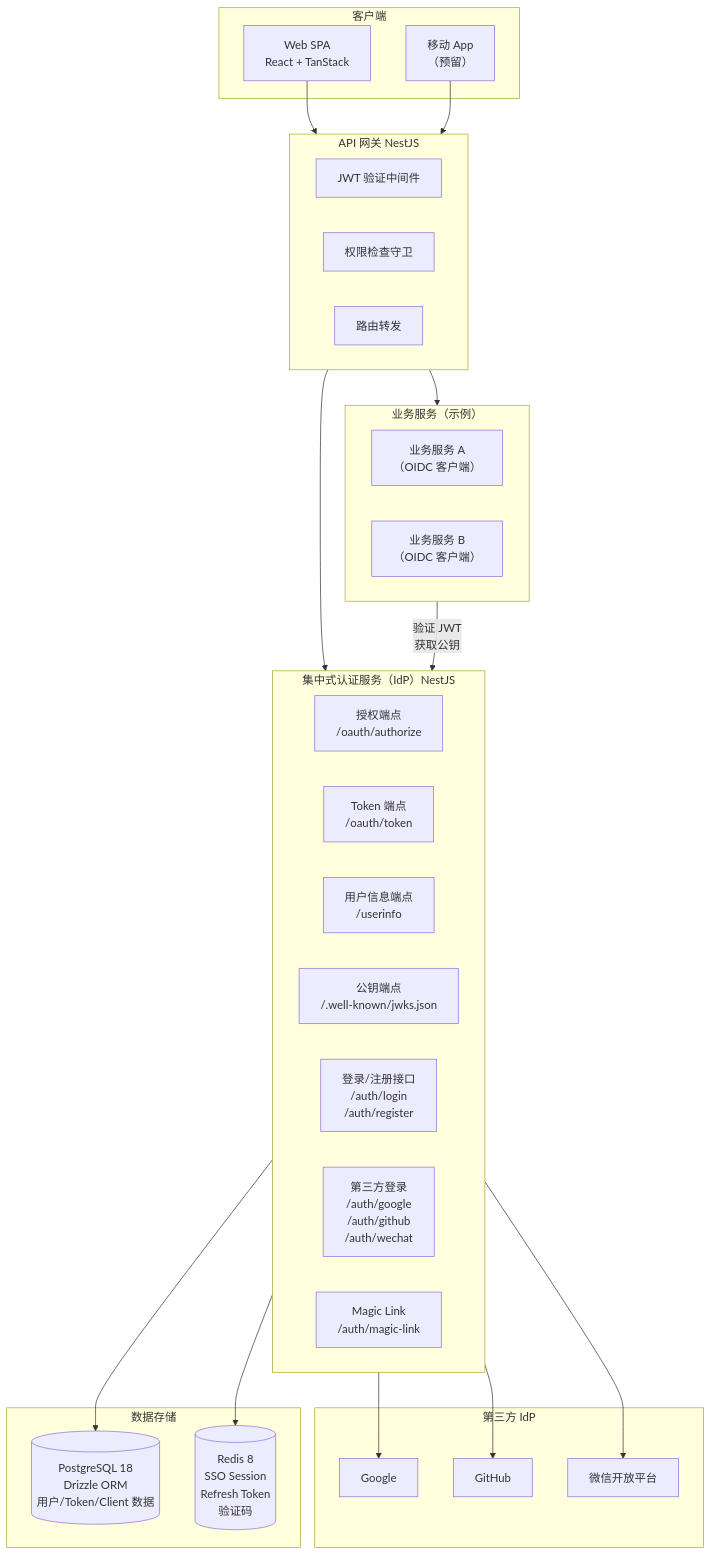
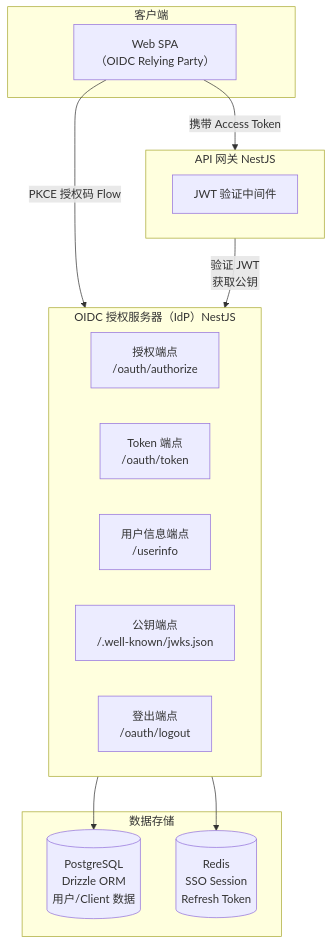
The first of 2 diagrams in docs/tutorial-overview.md (luohuidong/auth-tutorial), drawn with Mermaid before and after one commit. The commit also changed other lines of this file and 36 other files, not shown here.

First line of the commit message:
docs(tutorial): 重构文档结构，删除过时章节并新增 OIDC/SPA 认证章节

````diff
--- a/docs/tutorial-overview.md
+++ b/docs/tutorial-overview.md
@@ -39,51 +32,40 @@
 ```mermaid
 flowchart TB
     subgraph Clients["客户端"]
-        SPA["Web SPA\nReact + TanStack"]
-        APP["移动 App\n（预留）"]
+        SPA["Web SPA
+（OIDC Relying Party）"]
     end
 
     subgraph Gateway["API 网关 NestJS"]
         GW_JWT["JWT 验证中间件"]
-        GW_RBAC["权限检查守卫"]
-        GW_Route["路由转发"]
     end
 
-    subgraph IdP["集中式认证服务（IdP）NestJS"]
-        EP_Auth["授权端点\n/oauth/authorize"]
-        EP_Token["Token 端点\n/oauth/token"]
-        EP_User["用户信息端点\n/userinfo"]
-        EP_JWKS["公钥端点\n/.well-known/jwks.json"]
-        EP_Login["登录/注册接口\n/auth/login\n/auth/register"]
-        EP_Social["第三方登录\n/auth/google\n/auth/github\n/auth/wechat"]
-        EP_Magic["Magic Link\n/auth/magic-link"]
-    end
-
-    subgraph BizServices["业务服务（示例）"]
-        SvcA["业务服务 A\n（OIDC 客户端）"]
-        SvcB["业务服务 B\n（OIDC 客户端）"]
-    end
-
-    subgraph ThirdParty["第三方 IdP"]
-        Google["Google"]
-        GitHub["GitHub"]
-        WeChat["微信开放平台"]
+    subgraph IdP["OIDC 授权服务器（IdP）NestJS"]
+        EP_Auth["授权端点
+/oauth/authorize"]
+        EP_Token["Token 端点
+/oauth/token"]
+        EP_User["用户信息端点
+/userinfo"]
+        EP_JWKS["公钥端点
+/.well-known/jwks.json"]
+        EP_Logout["登出端点
+/oauth/logout"]
     end
 
     subgraph Storage["数据存储"]
-        PG[("PostgreSQL 18\nDrizzle ORM\n用户/Token/Client 数据")]
-        Redis[("Redis 8\nSSO Session\nRefresh Token\n验证码")]
+        PG[("PostgreSQL
+Drizzle ORM
+用户/Client 数据")]
+        Redis[("Redis
+SSO Session
+Refresh Token")]
     end
 
-    SPA --> Gateway
-    APP --> Gateway
-    Gateway --> IdP
-    Gateway --> BizServices
-    IdP --> Google
-    IdP --> GitHub
-    IdP --> WeChat
+    SPA -->|"PKCE 授权码 Flow"| IdP
+    SPA -->|"携带 Access Token"| Gateway
+    Gateway -->|"验证 JWT
+获取公钥"| IdP
     IdP --> PG
     IdP --> Redis
-    BizServices -->|"验证 JWT\n获取公钥"| IdP
-
 ```
````
